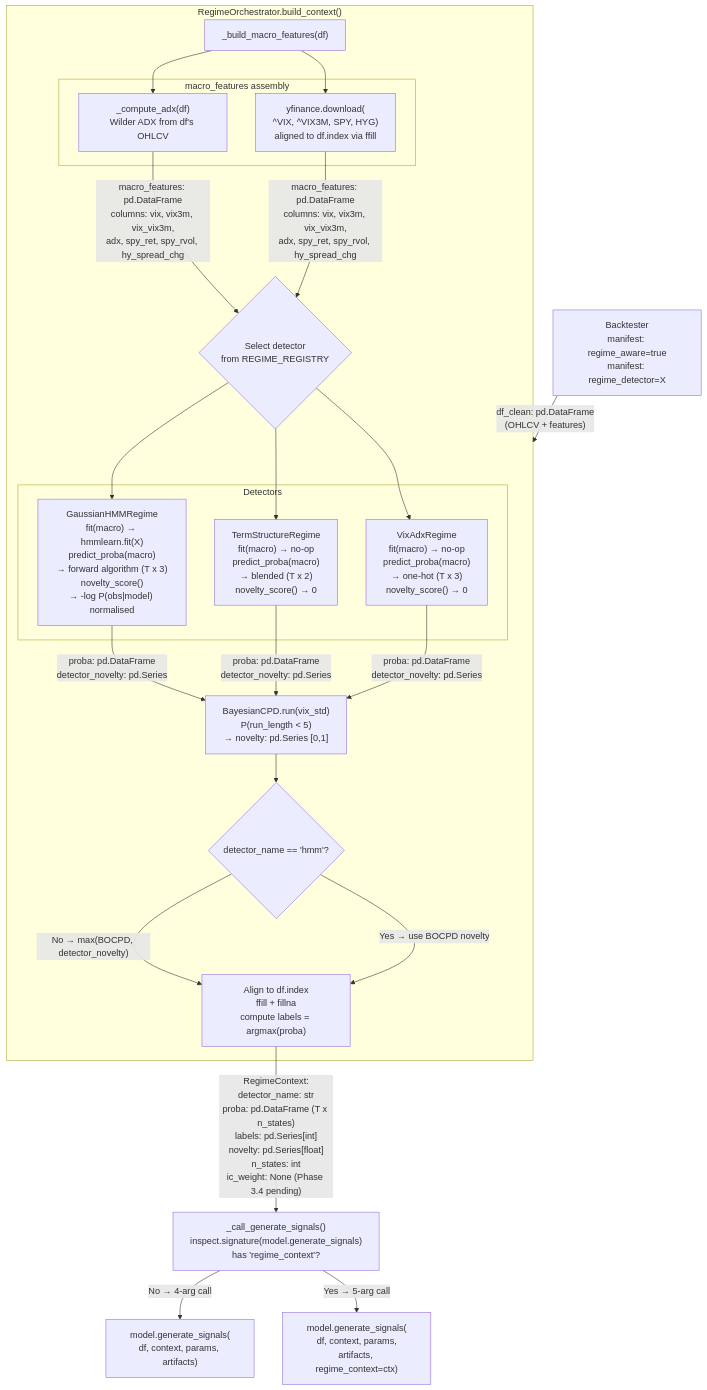
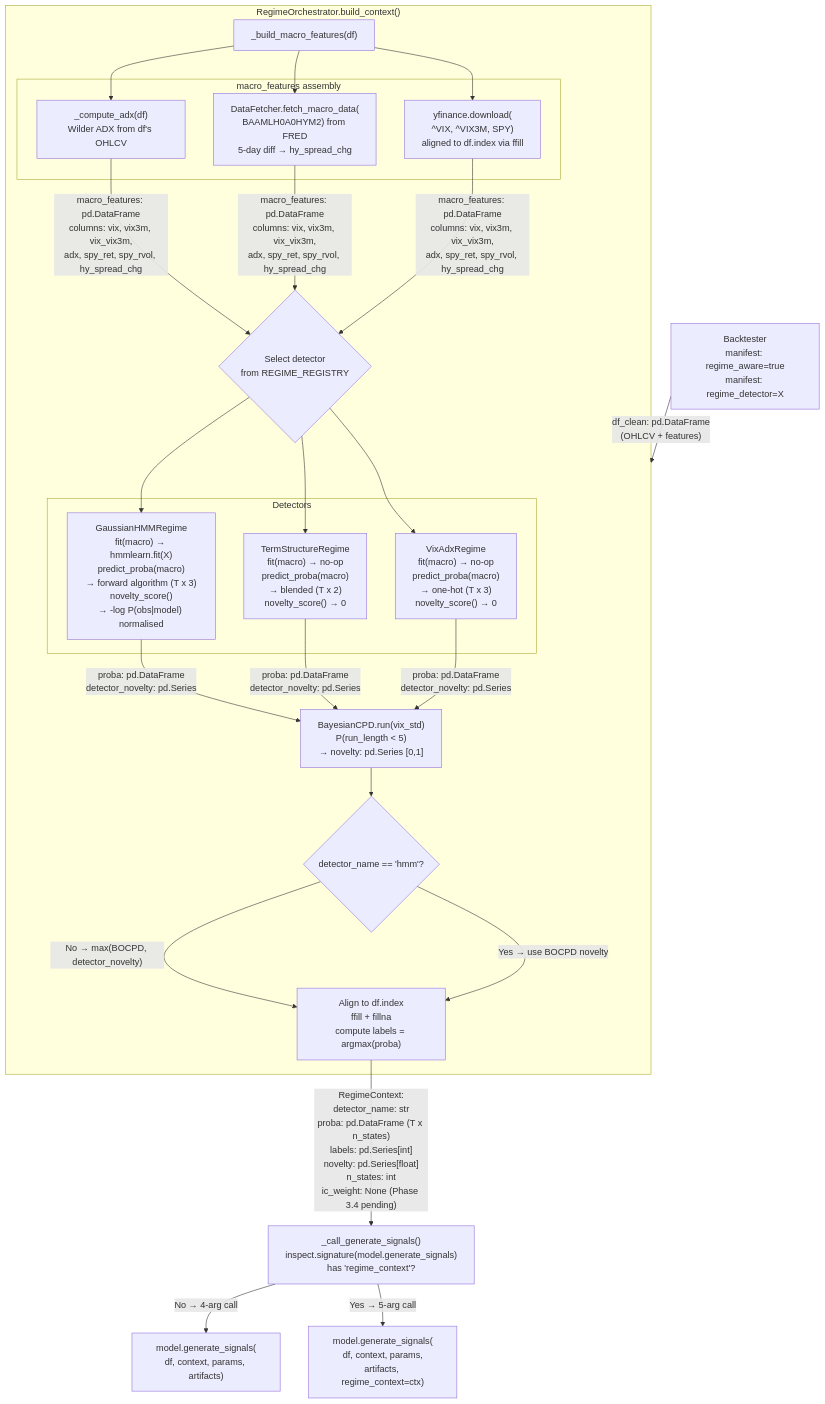
Before and after one commit to btatum26/stock-bot: the fifth of 11 diagrams in engine/ENGINE_DATAFLOWS.md, drawn with Mermaid. The commit also changed other lines of this file and 2 other files, not shown here.

Commit message:
updated documentation files

````diff
--- a/engine/ENGINE_DATAFLOWS.md
+++ b/engine/ENGINE_DATAFLOWS.md
@@ -250,44 +250,45 @@
 ```mermaid
 flowchart TD
     TRIG["Backtester\nmanifest: regime_aware=true\nmanifest: regime_detector=X"]
 
     TRIG -->|"df_clean: pd.DataFrame\n(OHLCV + features)"| RO
 
     subgraph RO["RegimeOrchestrator.build_context()"]
         MF["_build_macro_features(df)"]
 
         subgraph MF_DETAIL["macro_features assembly"]
-            YF2["yfinance.download(\n^VIX, ^VIX3M, SPY, HYG)\naligned to df.index via ffill"]
+            YF2["yfinance.download(\n^VIX, ^VIX3M, SPY)\naligned to df.index via ffill"]
+            FRED_CS["DataFetcher.fetch_macro_data(\nBAAMLH0A0HYM2) from FRED\n5-day diff → hy_spread_chg"]
             ADX_CALC["_compute_adx(df)\nWilder ADX from df's OHLCV"]
         end
 
-        MF --> YF2 & ADX_CALC
-        YF2 & ADX_CALC -->|"macro_features: pd.DataFrame\ncolumns: vix, vix3m, vix_vix3m,\nadx, spy_ret, spy_rvol, hy_spread_chg"| DET_SEL
+        MF --> YF2 & FRED_CS & ADX_CALC
+        YF2 & FRED_CS & ADX_CALC -->|"macro_features: pd.DataFrame\ncolumns: vix, vix3m, vix_vix3m,\nadx, spy_ret, spy_rvol, hy_spread_chg"| DET_SEL
 
         DET_SEL{"Select detector\nfrom REGIME_REGISTRY"}
 
         subgraph DETS["Detectors"]
             VA["VixAdxRegime\nfit(macro) → no-op\npredict_proba(macro)\n→ one-hot (T x 3)\nnovelty_score() → 0"]
             TS2["TermStructureRegime\nfit(macro) → no-op\npredict_proba(macro)\n→ blended (T x 2)\nnovelty_score() → 0"]
             HMM["GaussianHMMRegime\nfit(macro) → hmmlearn.fit(X)\npredict_proba(macro)\n→ forward algorithm (T x 3)\nnovelty_score()\n→ -log P(obs|model) normalised"]
         end
 
         DET_SEL --> VA & TS2 & HMM
         VA & TS2 & HMM -->|"proba: pd.DataFrame\ndetector_novelty: pd.Series"| BOCPD_RUN
 
         BOCPD_RUN["BayesianCPD.run(vix_std)\nP(run_length < 5)\n→ novelty: pd.Series [0,1]"]
 
         NOVELTY_SEL{"detector_name == 'hmm'?"}
         BOCPD_RUN --> NOVELTY_SEL
         NOVELTY_SEL -->|"Yes → use BOCPD novelty"| ALIGN
         NOVELTY_SEL -->|"No → max(BOCPD, detector_novelty)"| ALIGN
 
         ALIGN["Align to df.index\nffill + fillna\ncompute labels = argmax(proba)"]
     end
 
     ALIGN -->|"RegimeContext:\ndetector_name: str\nproba: pd.DataFrame (T x n_states)\nlabels: pd.Series[int]\nnovelty: pd.Series[float]\nn_states: int\nic_weight: None (Phase 3.4 pending)"| DISPATCH
 
     DISPATCH["_call_generate_signals()\ninspect.signature(model.generate_signals)\nhas 'regime_context'?"]
     DISPATCH -->|"Yes → 5-arg call"| MP_AWARE["model.generate_signals(\ndf, context, params,\nartifacts, regime_context=ctx)"]
     DISPATCH -->|"No → 4-arg call"| MP_LEGACY["model.generate_signals(\ndf, context, params, artifacts)"]
 ```
````
